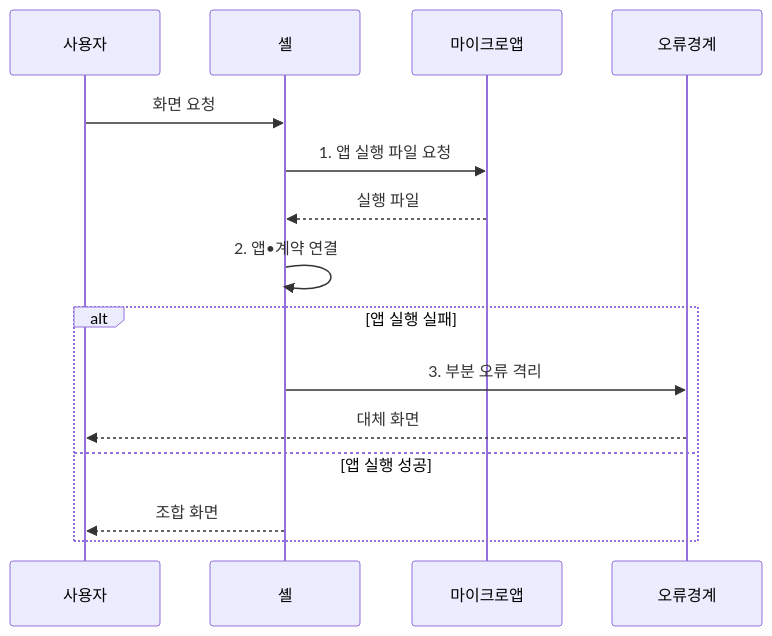
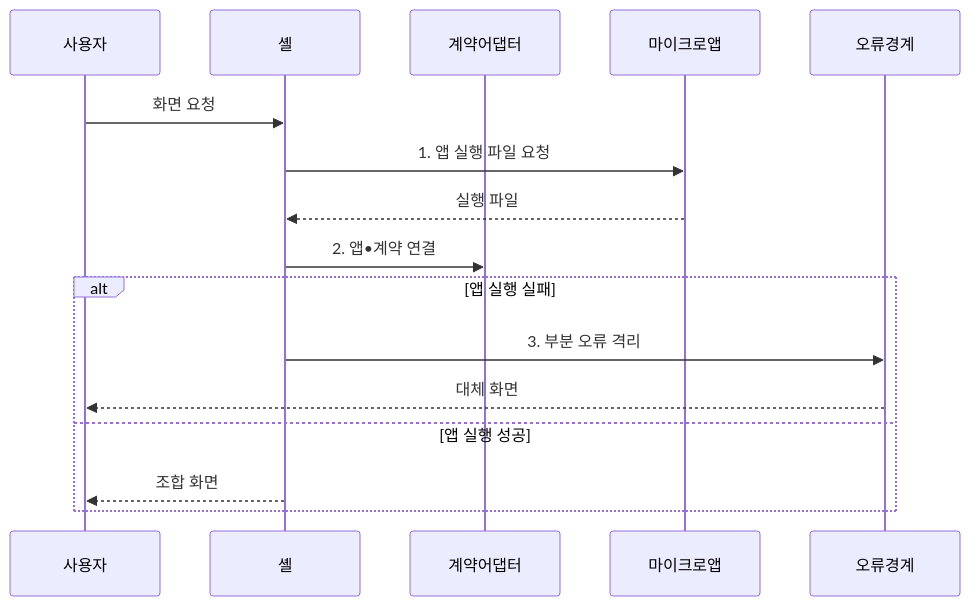
One commit to agnusdei1207/knowledge-base changed the second of 2 diagrams in src/content/docs/notes/03-software/217_micro_frontend.md. Above: the diagram before and after it, drawn with Mermaid. The commit also changed other lines of this file and 14 other files, not shown here.

````diff
--- a/src/content/docs/notes/03-software/217_micro_frontend.md
+++ b/src/content/docs/notes/03-software/217_micro_frontend.md
@@ -106,17 +106,18 @@
 ```mermaid
 sequenceDiagram
     participant 사용자
     participant 셸
+    participant 계약어댑터
     participant 마이크로앱
     participant 오류경계
     사용자->>셸: 화면 요청
     셸->>마이크로앱: 1. 앱 실행 파일 요청
     마이크로앱-->>셸: 실행 파일
-    셸->>셸: 2. 앱•계약 연결
+    셸->>계약어댑터: 2. 앱•계약 연결
     alt 앱 실행 실패
         셸->>오류경계: 3. 부분 오류 격리
         오류경계-->>사용자: 대체 화면
     else 앱 실행 성공
         셸-->>사용자: 조합 화면
     end
 ```
````
